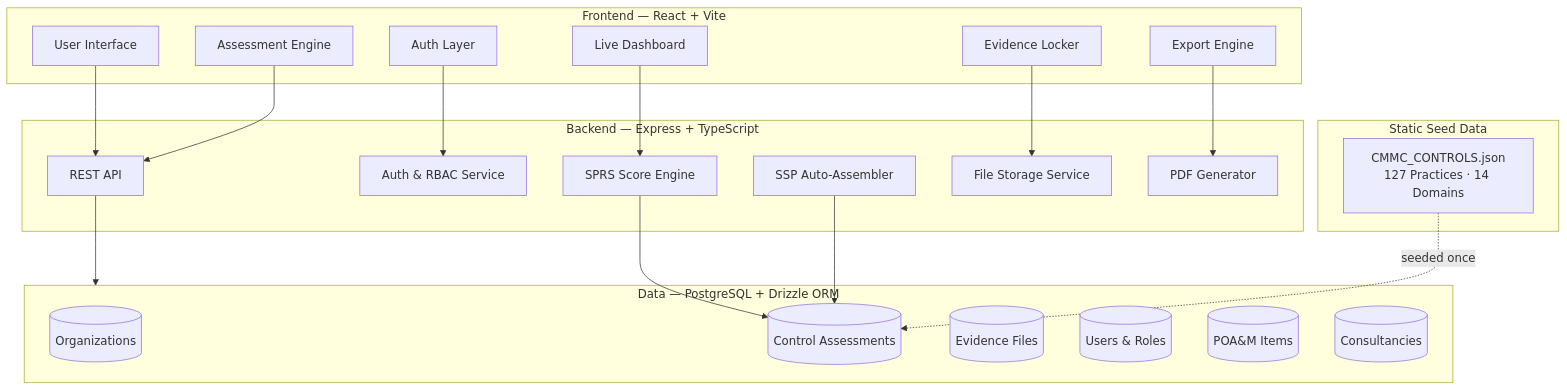
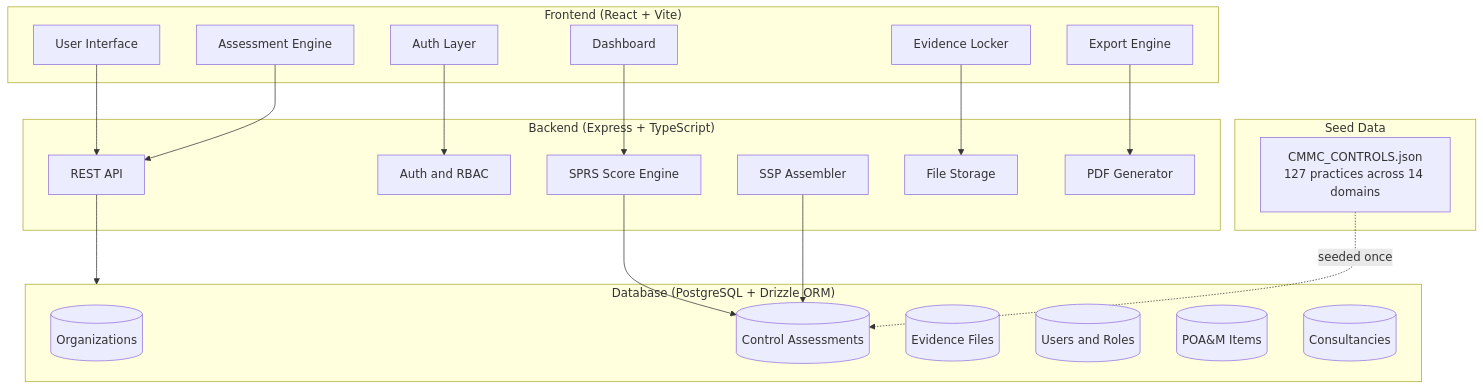
The first of 7 diagrams in README.md (saisravan909/cmmc-compass), drawn with Mermaid before and after one commit. The commit also changed other lines of this file, not shown here.

````diff
--- a/README.md
+++ b/README.md
@@ -91,44 +97,44 @@
 ```mermaid
 graph TB
-    subgraph Frontend["Frontend — React + Vite"]
+    subgraph Frontend["Frontend (React + Vite)"]
         UI[User Interface]
         Auth[Auth Layer]
-        Dashboard[Live Dashboard]
+        Dashboard[Dashboard]
         Assessment[Assessment Engine]
         Evidence[Evidence Locker]
         Export[Export Engine]
     end
 
-    subgraph Backend["Backend — Express + TypeScript"]
+    subgraph Backend["Backend (Express + TypeScript)"]
         API[REST API]
-        AuthSvc[Auth & RBAC Service]
+        AuthSvc[Auth and RBAC]
         ScoreEngine[SPRS Score Engine]
-        SSPBuilder[SSP Auto-Assembler]
-        FileStore[File Storage Service]
+        SSPBuilder[SSP Assembler]
+        FileStore[File Storage]
         PDFGen[PDF Generator]
     end
 
-    subgraph DataLayer["Data — PostgreSQL + Drizzle ORM"]
+    subgraph DataLayer["Database (PostgreSQL + Drizzle ORM)"]
         OrgDB[(Organizations)]
         ControlDB[(Control Assessments)]
         EvidenceDB[(Evidence Files)]
-        UserDB[(Users & Roles)]
+        UserDB[(Users and Roles)]
         PoamDB[(POA&M Items)]
         ConsultDB[(Consultancies)]
     end
 
-    subgraph Seed["Static Seed Data"]
-        Controls[CMMC_CONTROLS.json\n127 Practices · 14 Domains]
+    subgraph Seed["Seed Data"]
+        Controls[CMMC_CONTROLS.json\n127 practices across 14 domains]
     end
 
     UI --> API
     Auth --> AuthSvc
     Dashboard --> ScoreEngine
     Assessment --> API
     Evidence --> FileStore
     Export --> PDFGen
     API --> DataLayer
     ScoreEngine --> ControlDB
     SSPBuilder --> ControlDB
     Controls -.->|seeded once| ControlDB
 ```
````
